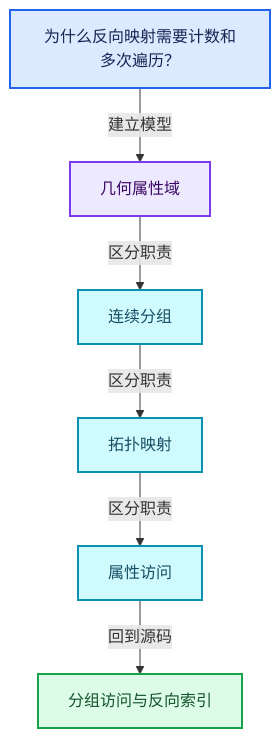
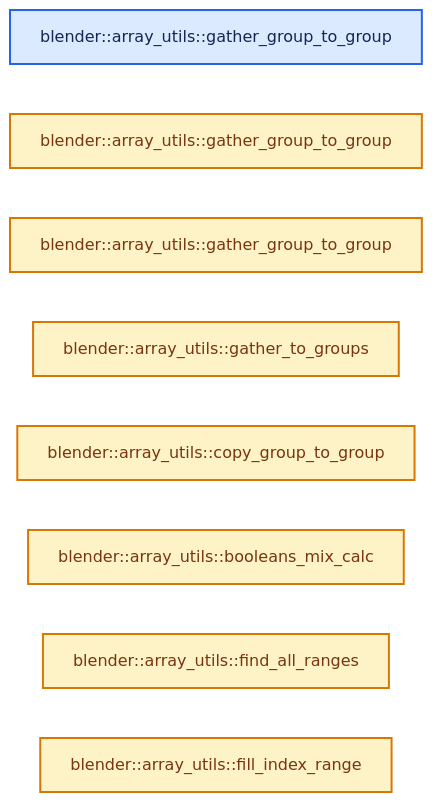
One commit to yunkezengren/blender-.vscode changed the second of 4 diagrams in 杂/markdown/全面学习-codex/05-几何存储与拓扑映射/07-分组访问与反向索引.md. Above: the diagram before and after it, drawn with Mermaid. The commit also changed other lines of this file and 1930 other files, not shown here.

````diff
--- a/杂/markdown/全面学习-codex/05-几何存储与拓扑映射/07-分组访问与反向索引.md
+++ b/杂/markdown/全面学习-codex/05-几何存储与拓扑映射/07-分组访问与反向索引.md
@@ -60,20 +46,17 @@
 ```mermaid
-flowchart TB
-  Q["为什么反向映射需要计数和多次遍历？"]:::input
-  C0["几何属性域"]:::abstraction
-  C1["连续分组"]:::data
-  C2["拓扑映射"]:::data
-  C3["属性访问"]:::data
-  R["分组访问与反向索引"]:::result
-  Q -->|"建立模型"| C0
-  C0 -->|"区分职责"| C1
-  C1 -->|"区分职责"| C2
-  C2 -->|"区分职责"| C3
-  C3 -->|"回到源码"| R
+flowchart LR
+  F0["blender::array_utils::gather_group_to_group"]:::input
+  F1["blender::array_utils::gather_group_to_group"]:::compute
+  F2["blender::array_utils::gather_group_to_group"]:::compute
+  F3["blender::array_utils::gather_to_groups"]:::compute
+  F4["blender::array_utils::copy_group_to_group"]:::compute
+  F5["blender::array_utils::booleans_mix_calc"]:::compute
+  F6["blender::array_utils::find_all_ranges"]:::compute
+  F7["blender::array_utils::fill_index_range"]:::compute
   classDef input fill:#DBEAFE,stroke:#2563EB,color:#172554,stroke-width:2px;
   classDef data fill:#CFFAFE,stroke:#0891B2,color:#164E63,stroke-width:2px;
   classDef abstraction fill:#EDE9FE,stroke:#7C3AED,color:#3B0764,stroke-width:2px;
   classDef compute fill:#FEF3C7,stroke:#D97706,color:#78350F,stroke-width:2px;
   classDef result fill:#DCFCE7,stroke:#16A34A,color:#14532D,stroke-width:2px;
   classDef error fill:#FEE2E2,stroke:#DC2626,color:#7F1D1D,stroke-width:2px;
 ```
````
